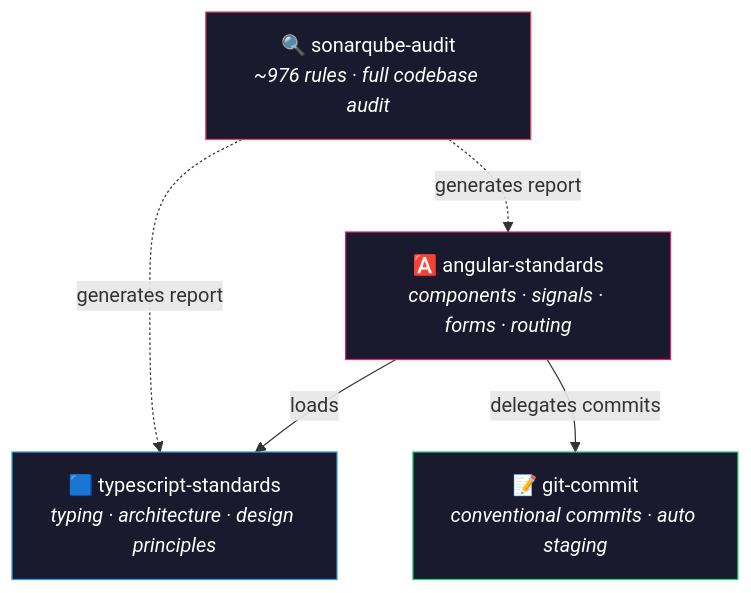
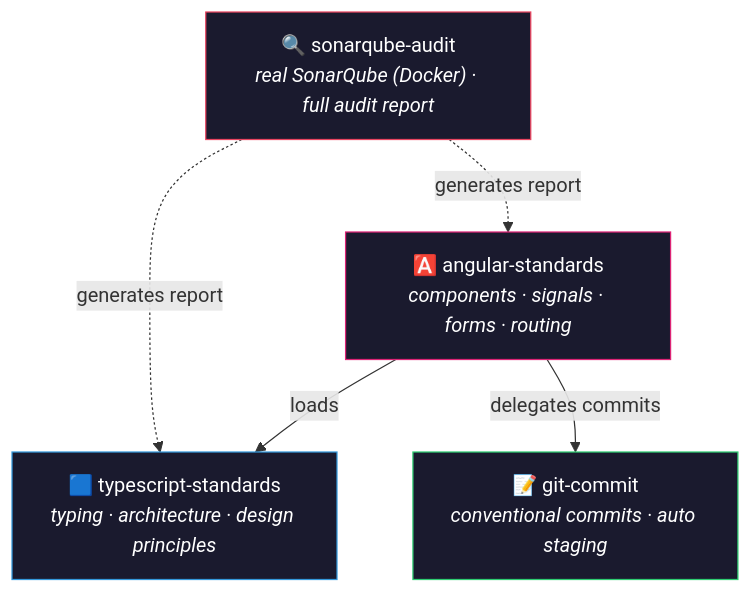
Before and after one commit to hebertpaziam/skills: the diagram in README.md, drawn with Mermaid. The commit also changed other lines of this file and 84 other files, not shown here.

````diff
--- a/README.md
+++ b/README.md
@@ -44,17 +44,17 @@
 ```mermaid
 graph TD
-    SQ["🔍 sonarqube-audit<br/><i>~976 rules · full codebase audit</i>"]
+    SQ["🔍 sonarqube-audit<br/><i>real SonarQube (Docker) · full audit report</i>"]
     AG["🅰️ angular-standards<br/><i>components · signals · forms · routing</i>"]
     TS["🟦 typescript-standards<br/><i>typing · architecture · design principles</i>"]
     GC["📝 git-commit<br/><i>conventional commits · auto staging</i>"]
 
     SQ -. "generates report" .-> AG
     SQ -. "generates report" .-> TS
     AG -- "loads" --> TS
     AG -- "delegates commits" --> GC
 
     style SQ fill:#1a1a2e,stroke:#e94560,color:#fff
     style AG fill:#1a1a2e,stroke:#dd2476,color:#fff
     style TS fill:#1a1a2e,stroke:#3498db,color:#fff
     style GC fill:#1a1a2e,stroke:#2ecc71,color:#fff
 ```
````
